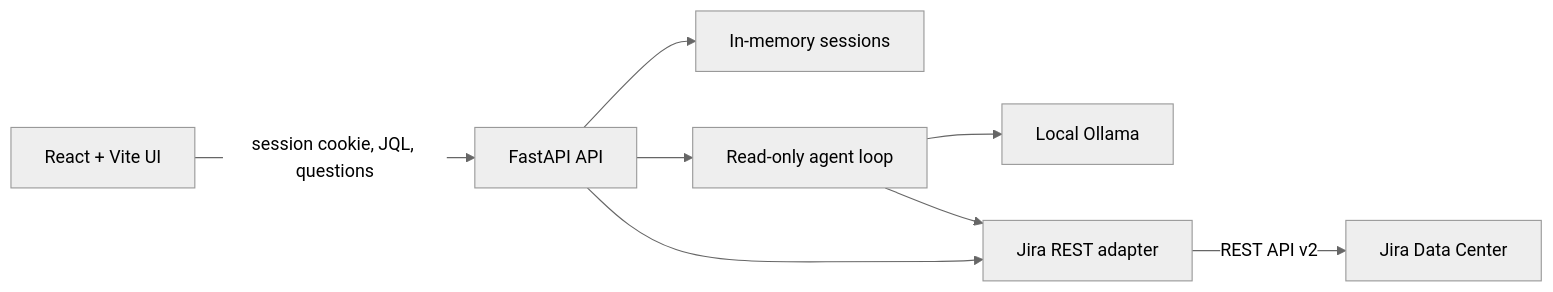
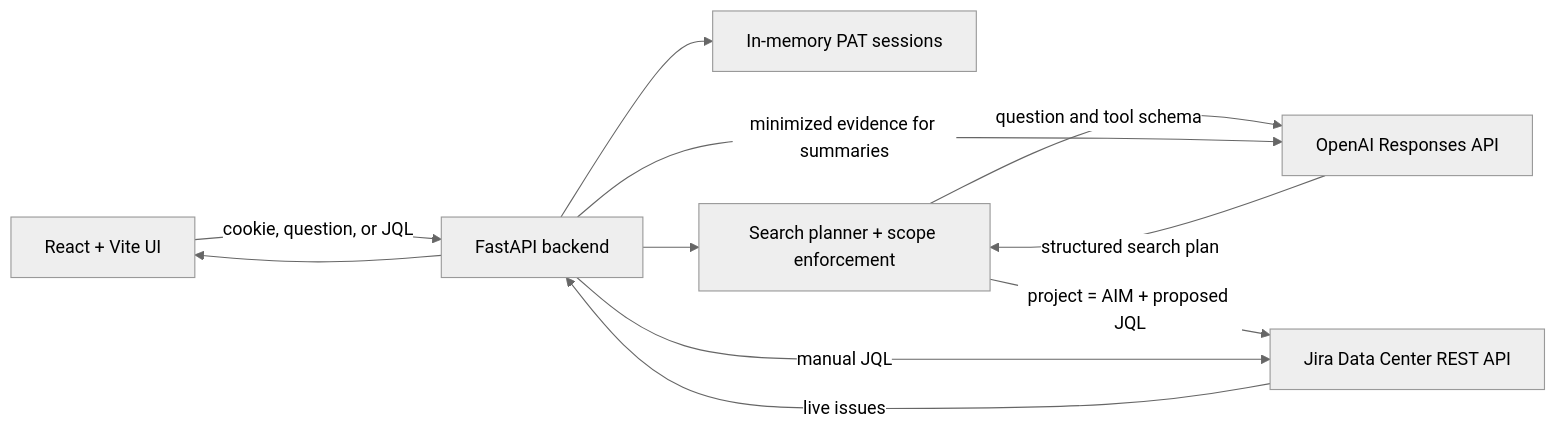
Before and after one commit to Yuvraj896/Agentic-Jira: the diagram in README.md, drawn with Mermaid (neutral theme). The commit also changed other lines of this file and 14 other files, not shown here.

Commit message:
Ollema --> OpenAI API Key

````diff
--- a/README.md
+++ b/README.md
@@ -20,18 +21,20 @@
 ```mermaid
 flowchart LR
     Browser[React + Vite UI]
-    API[FastAPI API]
-    Sessions[In-memory sessions]
-    Agent[Read-only agent loop]
-    Ollama[Local Ollama]
-    JiraClient[Jira REST adapter]
-    Jira[Jira Data Center]
+    API[FastAPI backend]
+    Sessions[In-memory PAT sessions]
+    Agent[Search planner + scope enforcement]
+    OpenAI[OpenAI Responses API]
+    Jira[Jira Data Center REST API]
 
-    Browser -->|session cookie, JQL, questions| API
+    Browser -->|cookie, question, or JQL| API
     API --> Sessions
     API --> Agent
-    Agent --> Ollama
-    Agent --> JiraClient
-    API --> JiraClient
-    JiraClient -->|REST API v2| Jira
+    Agent -->|question and tool schema| OpenAI
+    OpenAI -->|structured search plan| Agent
+    Agent -->|project = AIM + proposed JQL| Jira
+    API -->|manual JQL| Jira
+    Jira -->|live issues| API
+    API -->|minimized evidence for summaries| OpenAI
+    API --> Browser
 ```
````
